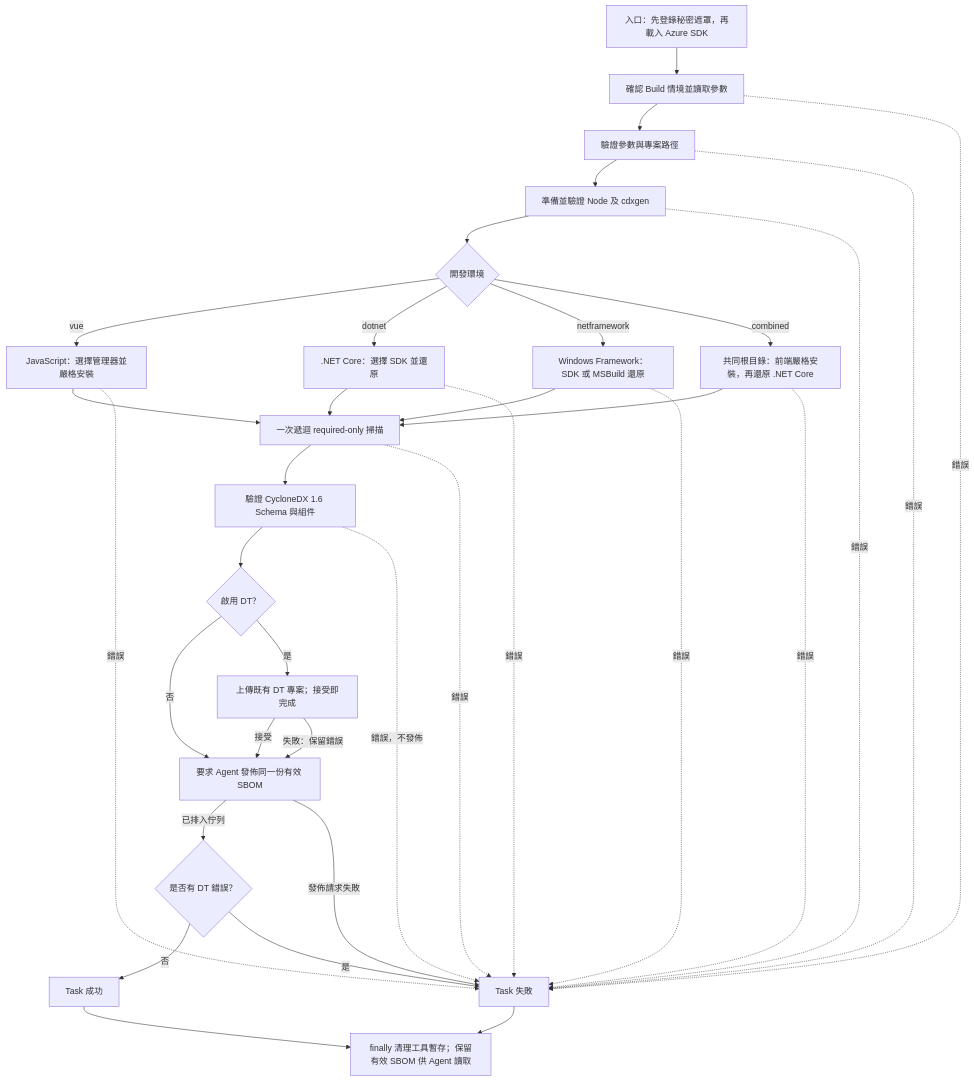
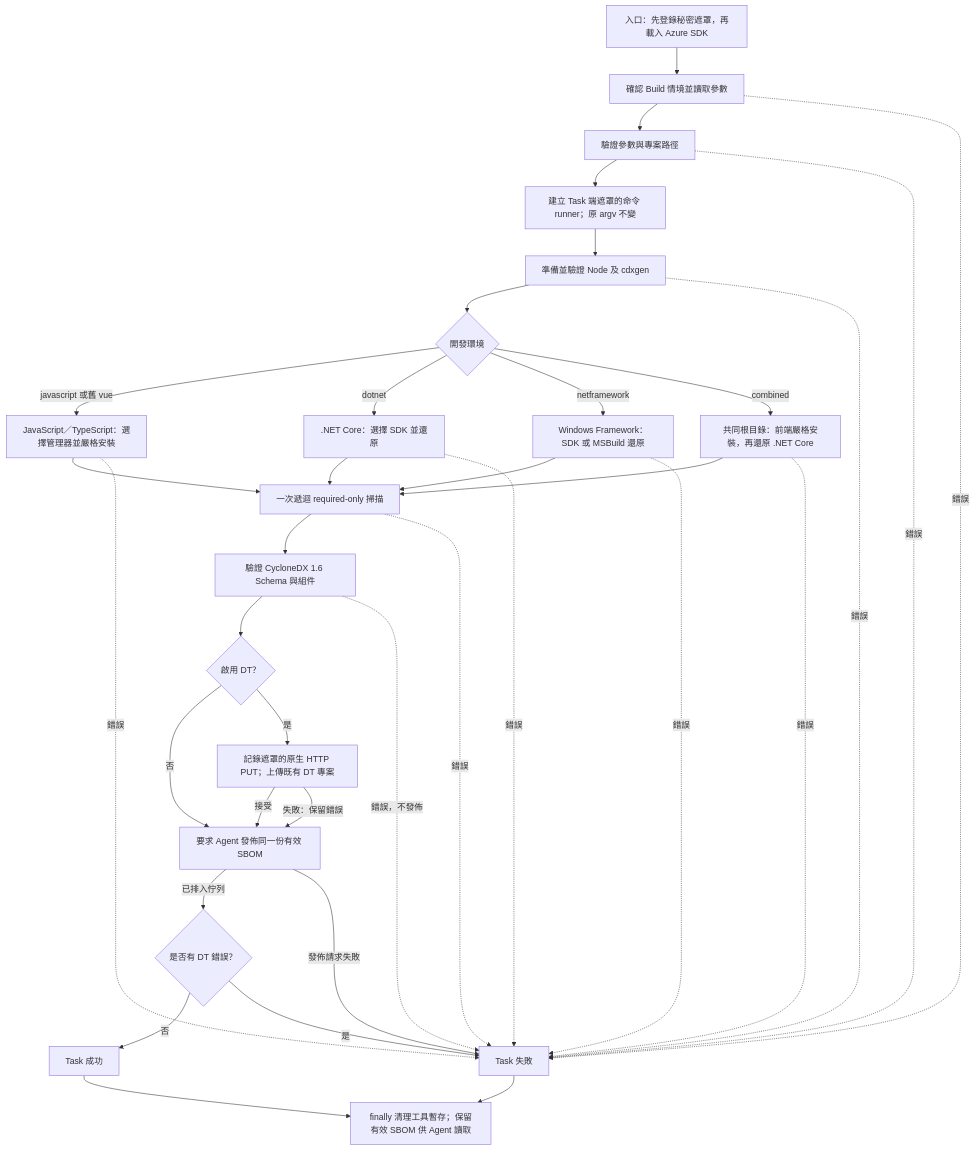
The diagram in README-Dev.md (lawrence8358/sbom-pilot), drawn with Mermaid before and after one commit. The commit also changed other lines of this file and 49 other files, not shown here.

````diff
--- a/README-Dev.md
+++ b/README-Dev.md
@@ -29,36 +30,37 @@
 ```mermaid
 flowchart TD
     Start["入口：先登錄秘密遮罩，再載入 Azure SDK"] --> Inputs["確認 Build 情境並讀取參數"]
     Inputs --> Validate["驗證參數與專案路徑"]
-    Validate --> Tools["準備並驗證 Node 及 cdxgen"]
+    Validate --> Logging["建立 Task 端遮罩的命令 runner；原 argv 不變"]
+    Logging --> Tools["準備並驗證 Node 及 cdxgen"]
     Tools --> Mode{"開發環境"}
-    Mode -->|vue| JS["JavaScript：選擇管理器並嚴格安裝"]
+    Mode -->|javascript 或舊 vue| JS["JavaScript／TypeScript：選擇管理器並嚴格安裝"]
     Mode -->|dotnet| Core[".NET Core：選擇 SDK 並還原"]
     Mode -->|netframework| Framework["Windows Framework：SDK 或 MSBuild 還原"]
     Mode -->|combined| Combined["共同根目錄：前端嚴格安裝，再還原 .NET Core"]
     JS --> Scan["一次遞迴 required-only 掃描"]
     Core --> Scan
     Framework --> Scan
     Combined --> Scan
     Scan --> Schema["驗證 CycloneDX 1.6 Schema 與組件"]
     Schema --> WantDT{"啟用 DT？"}
     WantDT -->|否| Publish["要求 Agent 發佈同一份有效 SBOM"]
-    WantDT -->|是| DT["上傳既有 DT 專案；接受即完成"]
+    WantDT -->|是| DT["記錄遮罩的原生 HTTP PUT；上傳既有 DT 專案"]
     DT -->|接受| Publish
     DT -->|失敗：保留錯誤| Publish
     Publish -->|已排入佇列| PriorDT{"是否有 DT 錯誤？"}
     PriorDT -->|否| Success["Task 成功"]
     PriorDT -->|是| Failed["Task 失敗"]
     Publish -->|發佈請求失敗| Failed
     Inputs -.->|錯誤| Failed
     Validate -.->|錯誤| Failed
     Tools -.->|錯誤| Failed
     JS -.->|錯誤| Failed
     Core -.->|錯誤| Failed
     Framework -.->|錯誤| Failed
     Combined -.->|錯誤| Failed
     Scan -.->|錯誤| Failed
     Schema -.->|錯誤，不發佈| Failed
     Success --> Cleanup["finally 清理工具暫存；保留有效 SBOM 供 Agent 讀取"]
     Failed --> Cleanup
 ```
````
